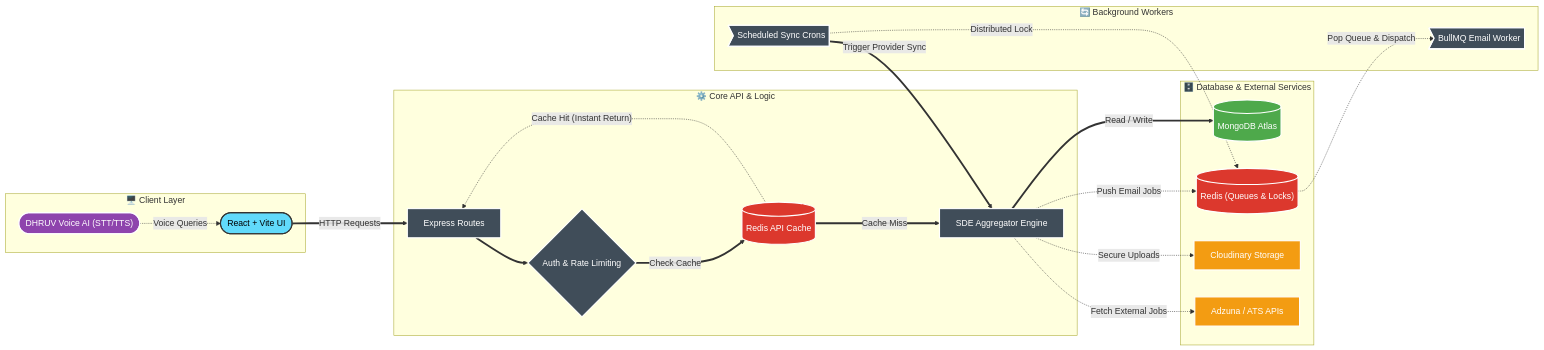
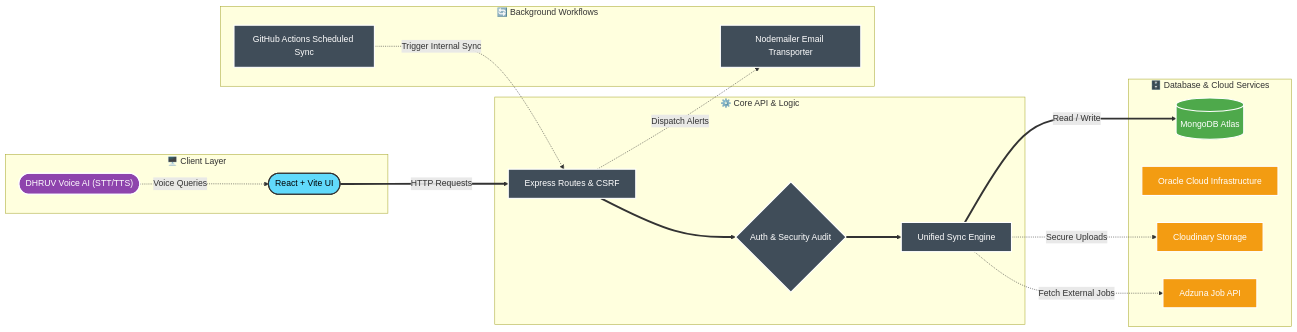
The diagram in README.md (Chinmay0608/job-portal-system), drawn with Mermaid before and after one commit. The commit also changed other lines of this file, not shown here.

First line of the commit message:
docs: update README.md to accurately reflect production features and infrastructure

````diff
--- a/README.md
+++ b/README.md
@@ -28,57 +27,49 @@
 ```mermaid
 graph LR
     %% Custom Styles
     classDef client fill:#61DAFB,stroke:#333,stroke-width:2px,color:#000
     classDef api fill:#404d59,stroke:#fff,stroke-width:2px,color:#fff
-    classDef redis fill:#DC382D,stroke:#fff,stroke-width:2px,color:#fff
     classDef mongo fill:#4ea94b,stroke:#fff,stroke-width:2px,color:#fff
     classDef external fill:#f39c12,stroke:#fff,stroke-width:2px,color:#fff
     classDef ai fill:#8e44ad,stroke:#fff,stroke-width:2px,color:#fff
 
     %% Client Layer
     subgraph Frontend ["🖥️ Client Layer"]
         UI(["React + Vite UI"]):::client
         VoiceAI(["DHRUV Voice AI (STT/TTS)"]):::ai
     end
 
     %% API Layer
     subgraph Backend ["⚙️ Core API & Logic"]
-        Router["Express Routes"]:::api
-        Auth{"Auth & Rate Limiting"}:::api
-        Cache[("Redis API Cache")]:::redis
-        SDEEngine["SDE Aggregator Engine"]:::api
+        Router["Express Routes & CSRF"]:::api
+        Auth{"Auth & Security Audit"}:::api
+        SyncEngine["Unified Sync Engine"]:::api
     end
 
-    %% Background Workers
-    subgraph Workers ["🔄 Background Workers"]
-        EmailWorker>"BullMQ Email Worker"]:::api
-        CronWorker>"Scheduled Sync Crons"]:::api
+    %% Background Jobs & Actions
+    subgraph Jobs ["🔄 Background Workflows"]
+        GHActions["GitHub Actions Scheduled Sync"]:::api
+        EmailService["Nodemailer Email Transporter"]:::api
     end
 
-    %% Data Layer
-    subgraph Infrastructure ["🗄️ Database & External Services"]
+    %% Infrastructure & Data Layer
+    subgraph Infrastructure ["🗄️ Database & Cloud Services"]
         MongoDB[("MongoDB Atlas")]:::mongo
-        RedisState[("Redis (Queues & Locks)")]:::redis
+        OCI["Oracle Cloud Infrastructure"]:::external
         Cloudinary["Cloudinary Storage"]:::external
-        AdzunaAPI["Adzuna / ATS APIs"]:::external
+        AdzunaAPI["Adzuna Job API"]:::external
     end
 
     %% Flow Connections
     UI ==>|"HTTP Requests"| Router
     VoiceAI -.->|"Voice Queries"| UI
     Router ==> Auth
-    Auth ==>|"Check Cache"| Cache
+    Auth ==> SyncEngine
     
-    Cache -.->|"Cache Hit (Instant Return)"| Router
-    Cache ==>|"Cache Miss"| SDEEngine
+    SyncEngine ==>|"Read / Write"| MongoDB
+    SyncEngine -.->|"Secure Uploads"| Cloudinary
+    SyncEngine -.->|"Fetch External Jobs"| AdzunaAPI
     
-    SDEEngine ==>|"Read / Write"| MongoDB
-    SDEEngine -.->|"Secure Uploads"| Cloudinary
-    
-    SDEEngine -.->|"Fetch External Jobs"| AdzunaAPI
-    CronWorker -.->|"Distributed Lock"| RedisState
-    CronWorker ==>|"Trigger Provider Sync"| SDEEngine
-    
-    SDEEngine -.->|"Push Email Jobs"| RedisState
-    RedisState -.->|"Pop Queue & Dispatch"| EmailWorker
+    GHActions -.->|"Trigger Internal Sync"| Router
+    Router -.->|"Dispatch Alerts"| EmailService
 ```
````
